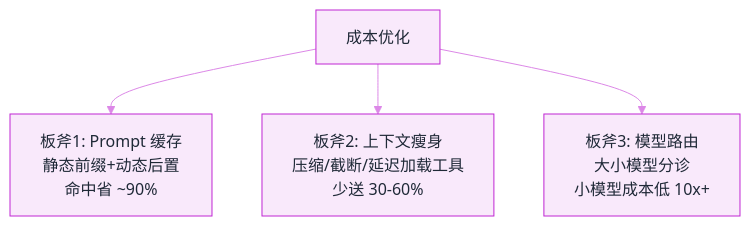
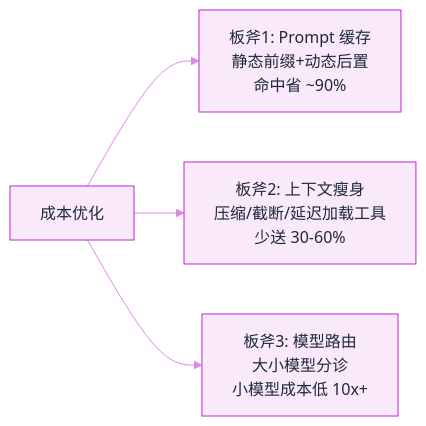
One commit to funny8kids/ai-agent-handbook changed the first of 2 diagrams in docs/11-engineering/caching-cost-optimization.md. Above: the diagram before and after it, drawn with Mermaid. The commit also changed 49 other files, not shown here.

First line of the commit message:
Round 109: 手机最险的那批 Mermaid 图开始重排——只改方向关键字，一张图的文字都没动

````diff
--- a/docs/11-engineering/caching-cost-optimization.md
+++ b/docs/11-engineering/caching-cost-optimization.md
@@ -70,7 +70,7 @@
 ```mermaid
 %%{init: {"theme":"base","themeVariables":{"primaryColor":"#F9E9FB","primaryBorderColor":"#C026D3","primaryTextColor":"#1F2937","secondaryColor":"#F1CFF5","tertiaryColor":"#FCF6FD","lineColor":"#DC88E7","actorBkg":"#FAEEFB","actorBorder":"#C026D3","actorTextColor":"#1F2937","signalColor":"#D367E0","noteBkgColor":"#F4D8F7","noteBorderColor":"#C026D3","noteTextColor":"#1F2937","labelBoxBkgColor":"#F9E9FB","labelBoxBorderColor":"#C026D3"}}}%%
-flowchart TB
+flowchart LR
   A[成本优化] --> B["板斧1: Prompt 缓存<br/>静态前缀+动态后置<br/>命中省 ~90%"]
   A --> C["板斧2: 上下文瘦身<br/>压缩/截断/延迟加载工具<br/>少送 30-60%"]
   A --> D["板斧3: 模型路由<br/>大小模型分诊<br/>小模型成本低 10x+"]
 ```
````
